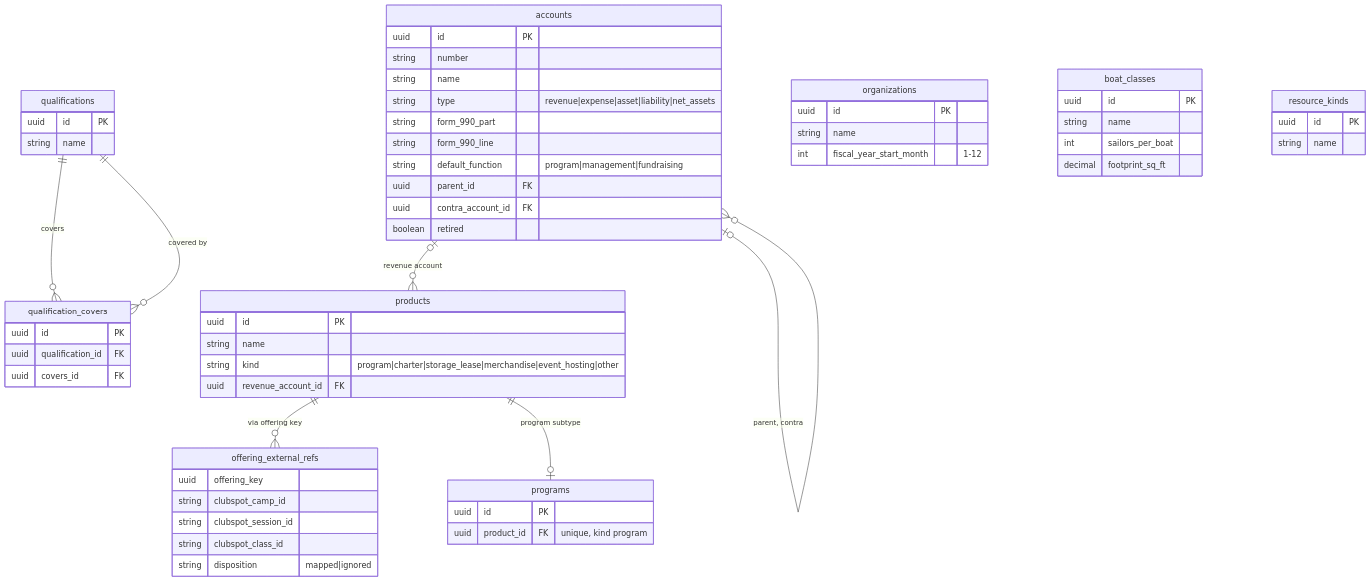
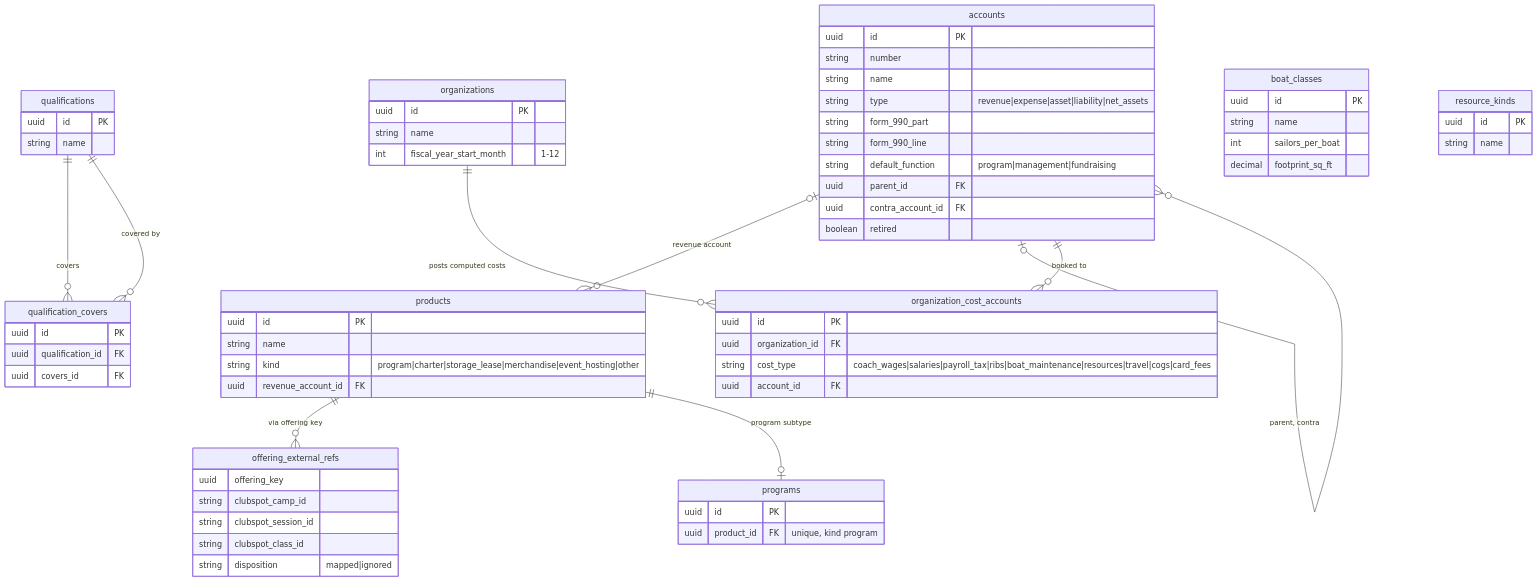
The first of 5 diagrams in docs/planning-schema.md (cyc-seattle/platform), drawn with Mermaid before and after one commit. The commit also changed other lines of this file and 56 other files, not shown here.

````diff
--- a/docs/planning-schema.md
+++ b/docs/planning-schema.md
@@ -35,63 +37,71 @@
 ```mermaid
 erDiagram
     products ||--o{ offering_external_refs : "via offering key"
     accounts |o--o{ products : "revenue account"
     qualifications ||--o{ qualification_covers : covers
     qualifications ||--o{ qualification_covers : "covered by"
     accounts |o--o{ accounts : "parent, contra"
     products ||--o| programs : "program subtype"
+    organizations ||--o{ organization_cost_accounts : "posts computed costs"
+    accounts ||--o{ organization_cost_accounts : "booked to"
 
     products {
         uuid id PK
         string name
         string kind "program|charter|storage_lease|merchandise|event_hosting|other"
         uuid revenue_account_id FK
     }
     accounts {
         uuid id PK
         string number
         string name
         string type "revenue|expense|asset|liability|net_assets"
         string form_990_part
         string form_990_line
         string default_function "program|management|fundraising"
         uuid parent_id FK
         uuid contra_account_id FK
         boolean retired
     }
     qualifications {
         uuid id PK
         string name
     }
     programs {
         uuid id PK
         uuid product_id FK "unique, kind program"
     }
     organizations {
         uuid id PK
         string name
         int fiscal_year_start_month "1-12"
     }
     qualification_covers {
         uuid id PK
         uuid qualification_id FK
         uuid covers_id FK
     }
     boat_classes {
         uuid id PK
         string name
         int sailors_per_boat
         decimal footprint_sq_ft
     }
     resource_kinds {
         uuid id PK
         string name
     }
+    organization_cost_accounts {
+        uuid id PK
+        uuid organization_id FK
+        string cost_type "coach_wages|salaries|payroll_tax|ribs|boat_maintenance|resources|travel|cogs|card_fees"
+        uuid account_id FK
+    }
     offering_external_refs {
         uuid offering_key
         string clubspot_camp_id
         string clubspot_session_id
         string clubspot_class_id
         string disposition "mapped|ignored"
     }
 ```
````
